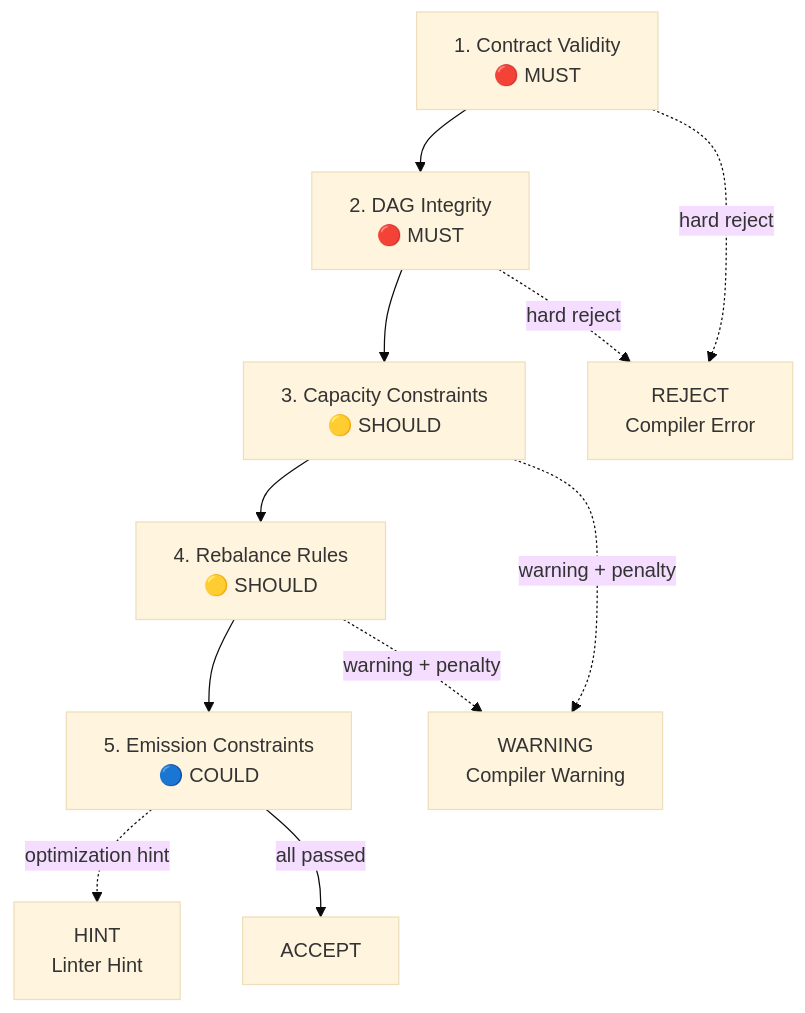
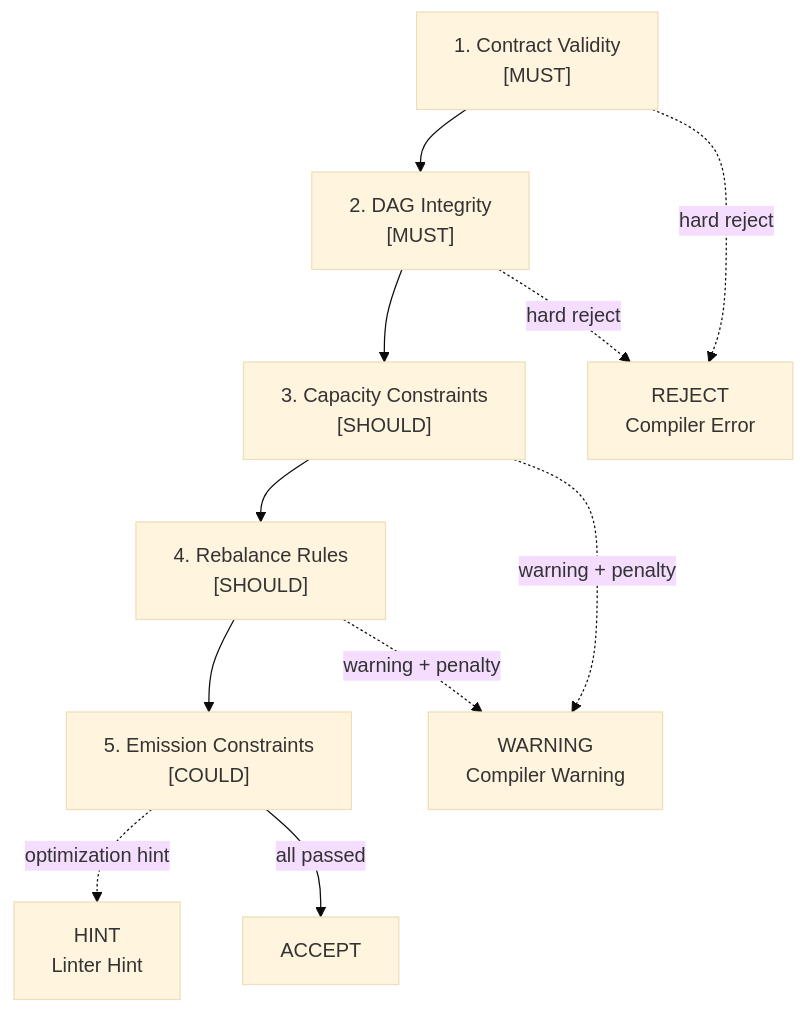
Before and after one commit to flyingrobots/xyph: the diagram in docs/canonical/POLICY_ENGINE.md, drawn with Mermaid (base theme). The commit also changed 8 other files, not shown here.

First line of the commit message:
fix: resolve review findings in Mermaid diagrams (WVR-006)

````diff
--- a/docs/canonical/POLICY_ENGINE.md
+++ b/docs/canonical/POLICY_ENGINE.md
@@ -15,13 +15,13 @@
 ```mermaid
 flowchart TD
-    A["1. Contract Validity\n🔴 MUST"] --> B["2. DAG Integrity\n🔴 MUST"]
-    B --> C["3. Capacity Constraints\n🟡 SHOULD"]
-    C --> D["4. Rebalance Rules\n🟡 SHOULD"]
-    D --> E["5. Emission Constraints\n🔵 COULD"]
+    A["1. Contract Validity\n[MUST]"] --> B["2. DAG Integrity\n[MUST]"]
+    B --> C["3. Capacity Constraints\n[SHOULD]"]
+    C --> D["4. Rebalance Rules\n[SHOULD]"]
+    D --> E["5. Emission Constraints\n[COULD]"]
     A -. "hard reject" .-> FAIL["REJECT\nCompiler Error"]
     B -. "hard reject" .-> FAIL
     C -. "warning + penalty" .-> WARN["WARNING\nCompiler Warning"]
     D -. "warning + penalty" .-> WARN
     E -. "optimization hint" .-> HINT["HINT\nLinter Hint"]
     E -- "all passed" --> ACCEPT["ACCEPT"]
 ```
````
